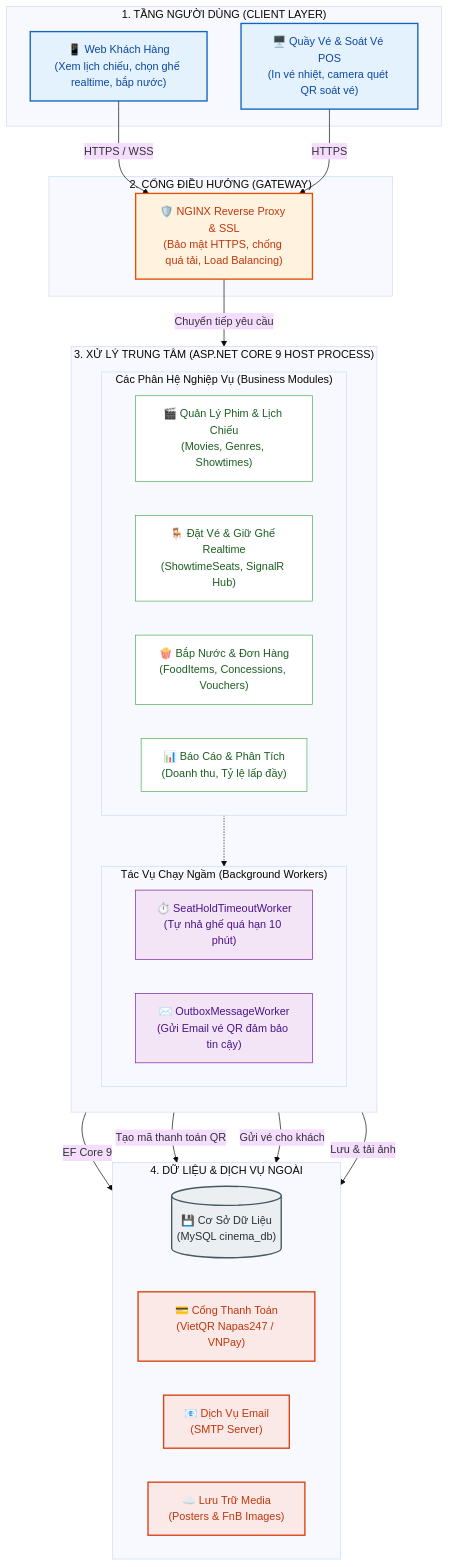
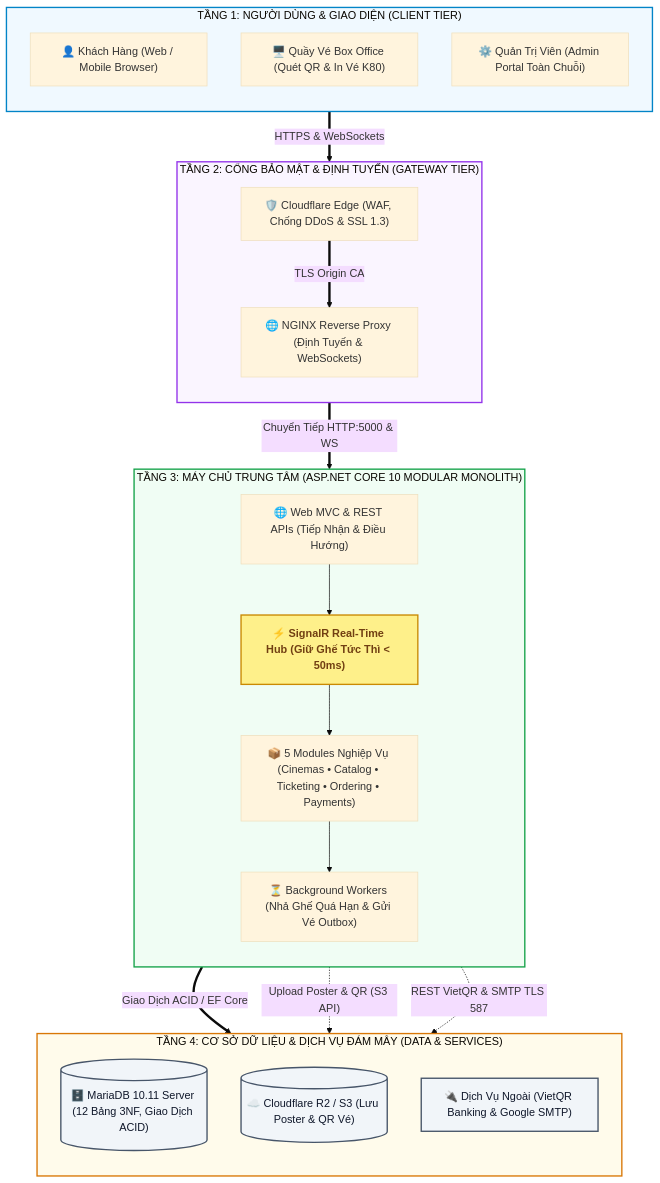
One commit to IR3lI/Cinema-Management-Project- changed the diagram in README.md. Above: the diagram before and after it, drawn with Mermaid (base theme). The commit also changed other lines of this file and 9 other files, not shown here.

````diff
--- a/README.md
+++ b/README.md
@@ -11,62 +11,69 @@
 ```mermaid
-flowchart TD
-    %% Styling
-    classDef client fill:#E3F2FD,stroke:#1565C0,stroke-width:2px,color:#0D47A1;
-    classDef proxy fill:#FFF3E0,stroke:#E65100,stroke-width:2px,color:#BF360C;
-    classDef backend fill:#E8F5E9,stroke:#2E7D32,stroke-width:2px,color:#1B5E20;
-    classDef subblock fill:#FFFFFF,stroke:#4CAF50,stroke-width:1px,color:#1B5E20;
-    classDef worker fill:#F3E5F5,stroke:#7B1FA2,stroke-width:1px,color:#4A148C;
-    classDef data fill:#ECEFF1,stroke:#455A64,stroke-width:2px,color:#263238;
-    classDef ext fill:#FBE9E7,stroke:#D84315,stroke-width:2px,color:#BF360C;
-
-    %% 1. CLIENT LAYER
-    subgraph Layer1 ["1. TẦNG NGƯỜI DÙNG (CLIENT LAYER)"]
-        WebCustomer["📱 Web Khách Hàng<br/>(Xem lịch chiếu, chọn ghế realtime, bắp nước)"]:::client
-        StaffPOS["🖥️ Quầy Vé & Soát Vé POS<br/>(In vé nhiệt, camera quét QR soát vé)"]:::client
+flowchart TB
+    %% ==========================================
+    %% 1. TẦNG NGƯỜI DÙNG & THIẾT BỊ (XẾP HÀNG DỌC)
+    %% ==========================================
+    subgraph T1 ["TẦNG 1: NGƯỜI DÙNG & GIAO DIỆN (CLIENT TIER)"]
+        direction TB
+        Client["👤 Khách Hàng (Web / Mobile Browser)"]
+        POS["🖥️ Quầy Vé Box Office (Quét QR & In Vé K80)"]
+        Admin["⚙️ Quản Trị Viên (Admin Portal Toàn Chuỗi)"]
     end
 
-    %% 2. GATEWAY
-    subgraph Layer2 ["2. CỔNG ĐIỀU HƯỚNG (GATEWAY)"]
-        Nginx["🛡️ NGINX Reverse Proxy & SSL<br/>(Bảo mật HTTPS, chống quá tải, Load Balancing)"]:::proxy
+    %% ==========================================
+    %% 2. TẦNG BẢO MẬT & ĐIỀU PHỐI (XẾP HÀNG DỌC)
+    %% ==========================================
+    subgraph T2 ["TẦNG 2: CỔNG BẢO MẬT & ĐỊNH TUYẾN (GATEWAY TIER)"]
+        direction TB
+        CF["🛡️ Cloudflare Edge (WAF, Chống DDoS & SSL 1.3)"]
+        Nginx["🌐 NGINX Reverse Proxy (Định Tuyến & WebSockets)"]
+        CF ==>|"TLS Origin CA"| Nginx
     end
 
-    WebCustomer -->|HTTPS / WSS| Nginx
-    StaffPOS -->|HTTPS| Nginx
-
-    %% 3. BACKEND CORE
-    subgraph Layer3 ["3. XỬ LÝ TRUNG TÂM (ASP.NET CORE 9 HOST PROCESS)"]
+    %% ==========================================
+    %% 3. TẦNG MÁY CHỦ XỬ LÝ (XẾP HÀNG DỌC)
+    %% ==========================================
+    subgraph T3 ["TẦNG 3: MÁY CHỦ TRUNG TÂM (ASP.NET CORE 10 MODULAR MONOLITH)"]
         direction TB
-
-        subgraph CoreModules ["Các Phân Hệ Nghiệp Vụ (Business Modules)"]
-            direction LR
-            M1["🎬 Quản Lý Phim & Lịch Chiếu<br/>(Movies, Genres, Showtimes)"]:::subblock
-            M2["🪑 Đặt Vé & Giữ Ghế Realtime<br/>(ShowtimeSeats, SignalR Hub)"]:::subblock
-            M3["🍿 Bắp Nước & Đơn Hàng<br/>(FoodItems, Concessions, Vouchers)"]:::subblock
-            M4["📊 Báo Cáo & Phân Tích<br/>(Doanh thu, Tỷ lệ lấp đầy)"]:::subblock
-        end
-
-        subgraph Workers ["Tác Vụ Chạy Ngầm (Background Workers)"]
-            direction LR
-            W1["⏱️ SeatHoldTimeoutWorker<br/>(Tự nhả ghế quá hạn 10 phút)"]:::worker
-            W2["✉️ OutboxMessageWorker<br/>(Gửi Email vé QR đảm bảo tin cậy)"]:::worker
-        end
-
-        CoreModules -.-> Workers
+        API["🌐 Web MVC & REST APIs (Tiếp Nhận & Điều Hướng)"]
+        SignalR["⚡ SignalR Real-Time Hub (Giữ Ghế Tức Thì &lt; 50ms)"]
+        Modules["📦 5 Modules Nghiệp Vụ (Cinemas • Catalog • Ticketing • Ordering • Payments)"]
+        Workers["⏳ Background Workers (Nhả Ghế Quá Hạn & Gửi Vé Outbox)"]
+        
+        API --> SignalR
+        SignalR --> Modules
+        Modules --> Workers
     end
 
-    Nginx -->|Chuyển tiếp yêu cầu| CoreModules
-
-    %% 4. DATA & SERVICES
-    subgraph Layer4 ["4. DỮ LIỆU & DỊCH VỤ NGOÀI"]
-        direction LR
-        Database[("💾 Cơ Sở Dữ Liệu<br/>(MySQL cinema_db)")]:::data
-        VietQR["💳 Cổng Thanh Toán<br/>(VietQR Napas247 / VNPay)"]:::ext
-        EmailSvc["📧 Dịch Vụ Email<br/>(SMTP Server)"]:::ext
-        CloudStorage["☁️ Lưu Trữ Media<br/>(Posters & FnB Images)"]:::ext
+    %% ==========================================
+    %% 4. TẦNG DỮ LIỆU & DỊCH VỤ NGOÀI (XẾP HÀNG DỌC)
+    %% ==========================================
+    subgraph T4 ["TẦNG 4: CƠ SỞ DỮ LIỆU & DỊCH VỤ ĐÁM MÂY (DATA & SERVICES)"]
+        direction TB
+        DB[("🗄️ MariaDB 10.11 Server (12 Bảng 3NF, Giao Dịch ACID)")]
+        R2[("☁️ Cloudflare R2 / S3 (Lưu Poster & QR Vé)")]
+        Ext["🔌 Dịch Vụ Ngoài (VietQR Banking & Google SMTP)"]
     end
 
-    CoreModules -->|EF Core 9| Database
-    CoreModules -->|Tạo mã thanh toán QR| VietQR
-    Workers -->|Gửi vé cho khách| EmailSvc
-    CoreModules -->|Lưu & tải ảnh| CloudStorage
+    %% ==========================================
+    %% LUỒNG TƯƠNG TÁC THẲNG ĐỨNG TỪ TRÊN XUỐNG DƯỚI (HÀNG DỌC)
+    %% ==========================================
+    T1 ==>|"HTTPS & WebSockets"| CF
+    Nginx ==>|"Chuyển Tiếp HTTP:5000 & WS"| API
+    Workers ==>|"Giao Dịch ACID / EF Core"| DB
+    Workers -.->|"Upload Poster & QR (S3 API)"| R2
+    Workers -.->|"REST VietQR & SMTP TLS 587"| Ext
+
+    %% ==========================================
+    %% MÀU SẮC PHÂN TẦNG RÕ RÀNG
+    %% ==========================================
+    style T1 fill:#f0f9ff,stroke:#0284c7,stroke-width:2px;
+    style T2 fill:#faf5ff,stroke:#9333ea,stroke-width:2px;
+    style T3 fill:#f0fdf4,stroke:#16a34a,stroke-width:2px;
+    style T4 fill:#fffbeb,stroke:#d97706,stroke-width:2px;
+
+    style SignalR fill:#fef08a,stroke:#ca8a04,stroke-width:2px,color:#713f12,font-weight:bold;
+    style DB fill:#f1f5f9,stroke:#475569,stroke-width:2px,color:#0f172a;
+    style R2 fill:#f1f5f9,stroke:#475569,stroke-width:2px,color:#0f172a;
+    style Ext fill:#f1f5f9,stroke:#475569,stroke-width:2px,color:#0f172a;
 ```
````
